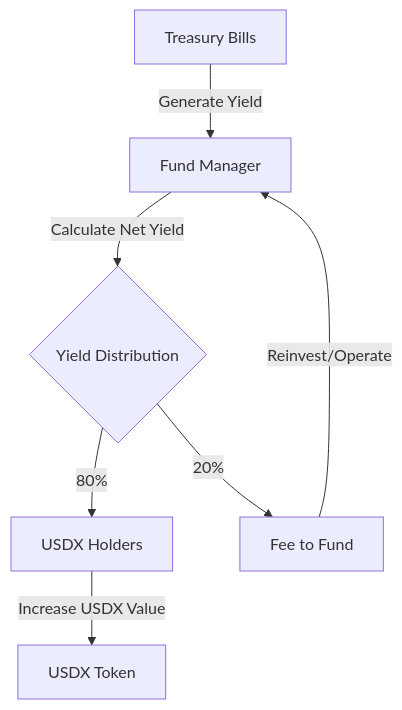
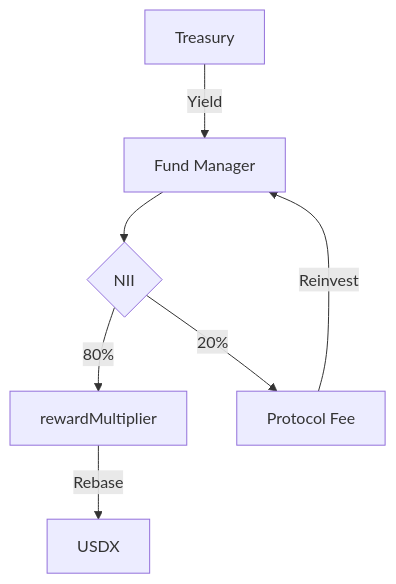
Before and after one commit to X-Financial-Technologies/assets: the diagram in schematics/fee/fee.mermaid, drawn with Mermaid. The commit also changed 62 other files, not shown here.

```diff
--- a/schematics/fee/fee.mermaid
+++ b/schematics/fee/fee.mermaid
@@ -1,7 +1,7 @@
-flowchart TD
-    A[Treasury Bills] -->|Generate Yield| B[Fund Manager]
-    B -->|Calculate Net Yield| C{Yield Distribution}
-    C -->|80%| D[USDX Holders]
-    C -->|20%| E[Fee to Fund]
-    D -->|Increase USDX Value| F[USDX Token]
-    E -->|Reinvest/Operate| B
+graph TD
+   Treasury -->|Yield| FundManager[Fund Manager]
+   FundManager --> NII{NII}
+   NII -->|80%| RewardMultiplier[rewardMultiplier]
+   NII -->|20%| ProtocolFee[Protocol Fee]
+   RewardMultiplier -->|Rebase| USDX
+   ProtocolFee -->|Reinvest| FundManager
```
